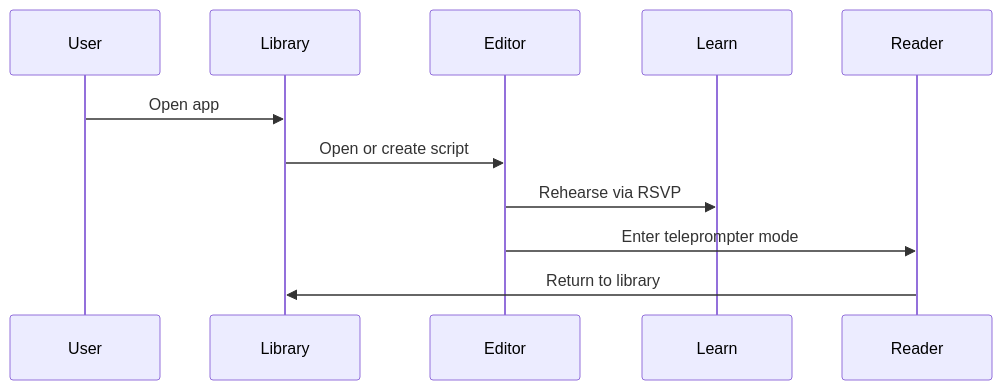
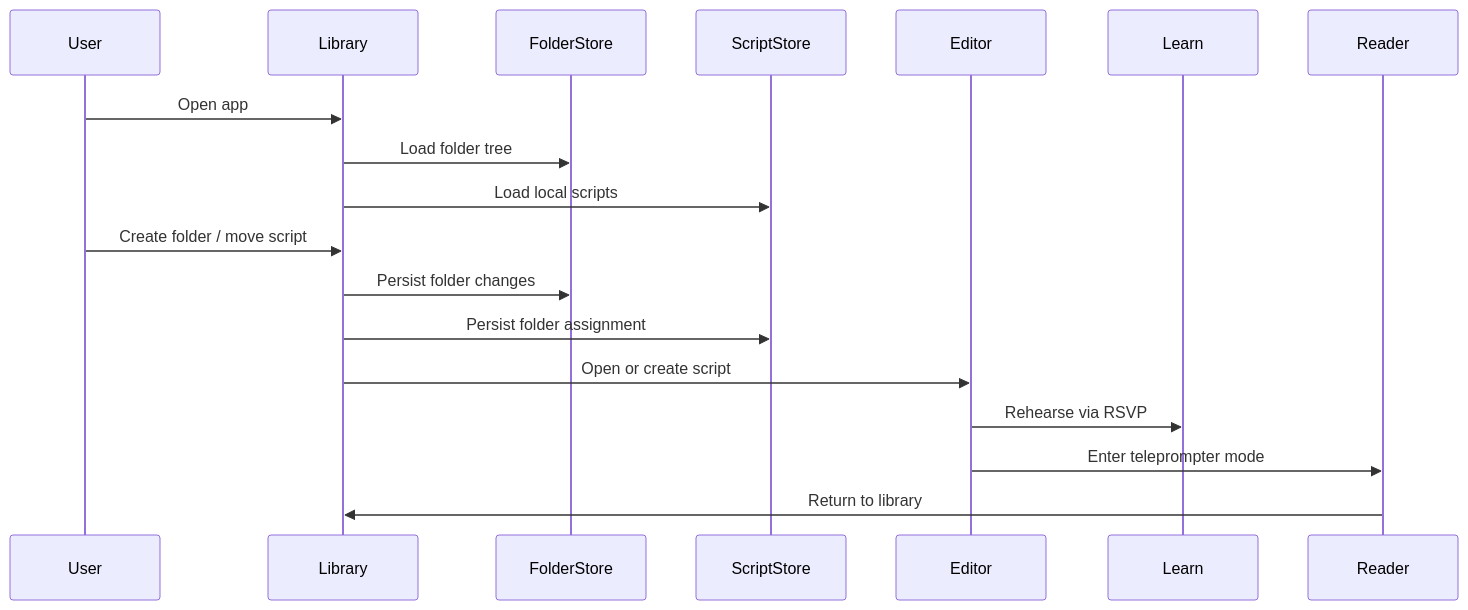
Before and after one commit to managedcode/PrompterLive: the fourth of 6 diagrams in docs/Architecture.md, drawn with Mermaid. The commit also changed other lines of this file and 46 other files, not shown here.

````diff
--- a/docs/Architecture.md
+++ b/docs/Architecture.md
@@ -95,14 +118,21 @@
 ```mermaid
 sequenceDiagram
     participant User
     participant Library
+    participant FolderStore
+    participant ScriptStore
     participant Editor
     participant Learn
     participant Reader
 
     User->>Library: Open app
+    Library->>FolderStore: Load folder tree
+    Library->>ScriptStore: Load local scripts
+    User->>Library: Create folder / move script
+    Library->>FolderStore: Persist folder changes
+    Library->>ScriptStore: Persist folder assignment
     Library->>Editor: Open or create script
     Editor->>Learn: Rehearse via RSVP
     Editor->>Reader: Enter teleprompter mode
     Reader->>Library: Return to library
 ```
````
